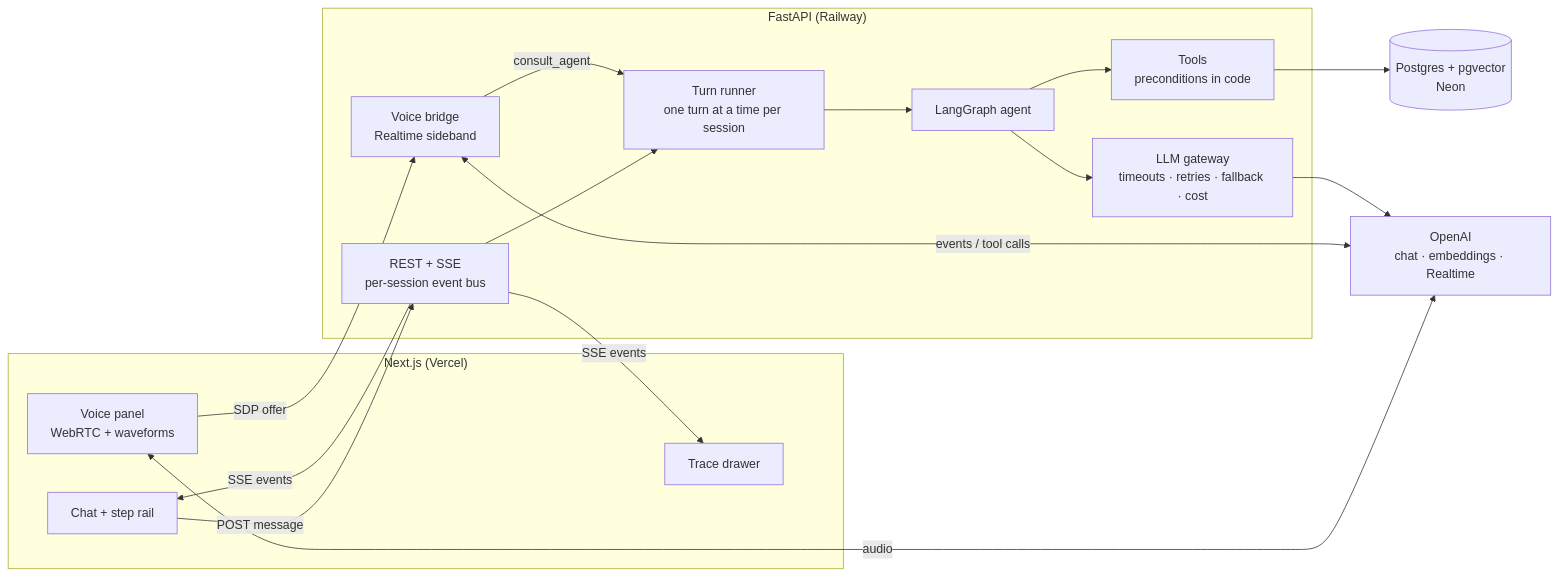
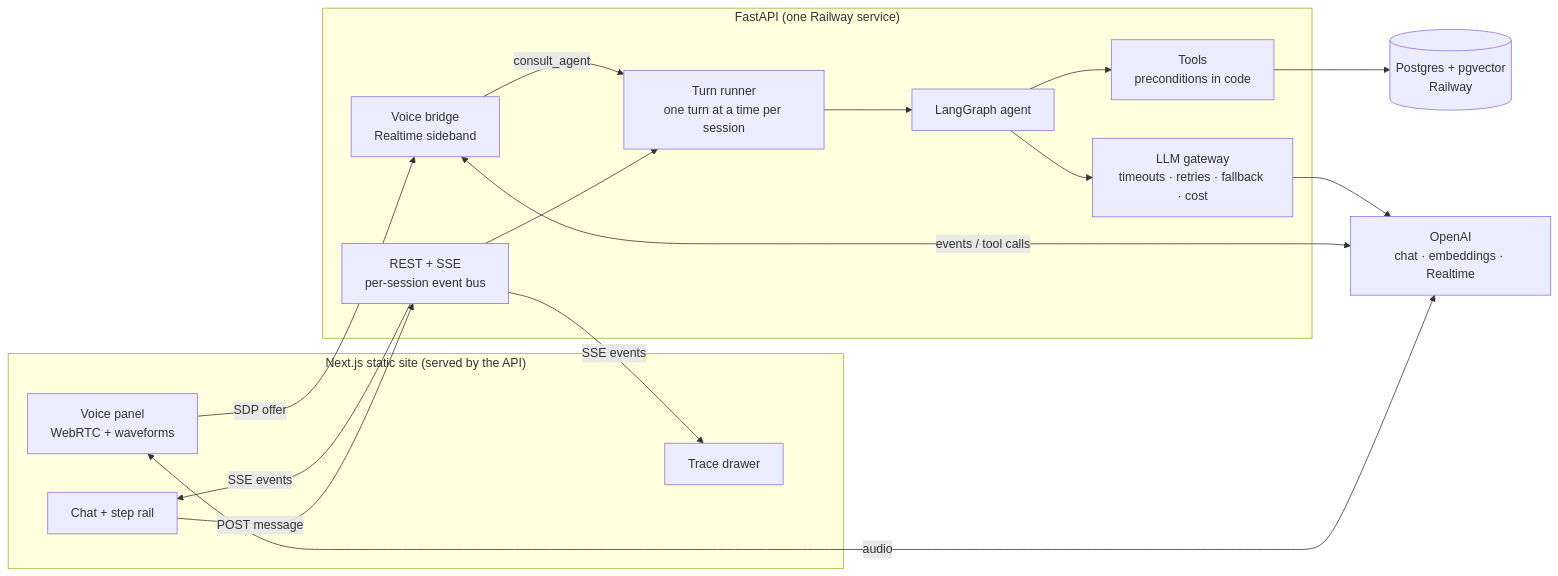
The diagram in README.md (irfansherazi/nimbus-support-agent), drawn with Mermaid before and after one commit. The commit also changed other lines of this file and 9 other files, not shown here.

First line of the commit message:
build: one service serves the API and the static frontend

````diff
--- a/README.md
+++ b/README.md
@@ -35,28 +35,28 @@
 ```mermaid
 flowchart LR
-  subgraph Browser["Next.js (Vercel)"]
+  subgraph Browser["Next.js static site (served by the API)"]
     Chat[Chat + step rail]
     Voice[Voice panel<br/>WebRTC + waveforms]
     Drawer[Trace drawer]
   end
-  subgraph API["FastAPI (Railway)"]
+  subgraph API["FastAPI (one Railway service)"]
     Sessions[REST + SSE<br/>per-session event bus]
     Bridge[Voice bridge<br/>Realtime sideband]
     Runner[Turn runner<br/>one turn at a time per session]
     Graph[LangGraph agent]
     Tools[Tools<br/>preconditions in code]
     GW[LLM gateway<br/>timeouts · retries · fallback · cost]
   end
-  DB[(Postgres + pgvector<br/>Neon)]
+  DB[(Postgres + pgvector<br/>Railway)]
   OAI[OpenAI<br/>chat · embeddings · Realtime]
 
   Chat -- POST message --> Sessions
   Sessions -- SSE events --> Chat & Drawer
   Voice -- SDP offer --> Bridge
   Voice <-- audio --> OAI
   Bridge <-- events / tool calls --> OAI
   Sessions --> Runner
   Bridge -- consult_agent --> Runner
   Runner --> Graph --> Tools --> DB
   Graph --> GW --> OAI
 ```
````
